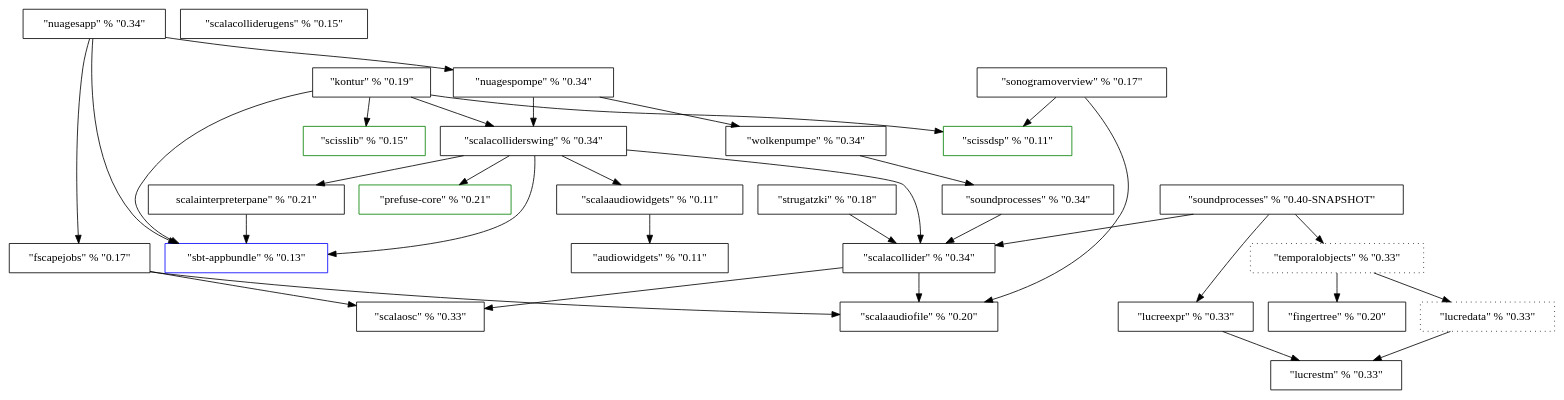
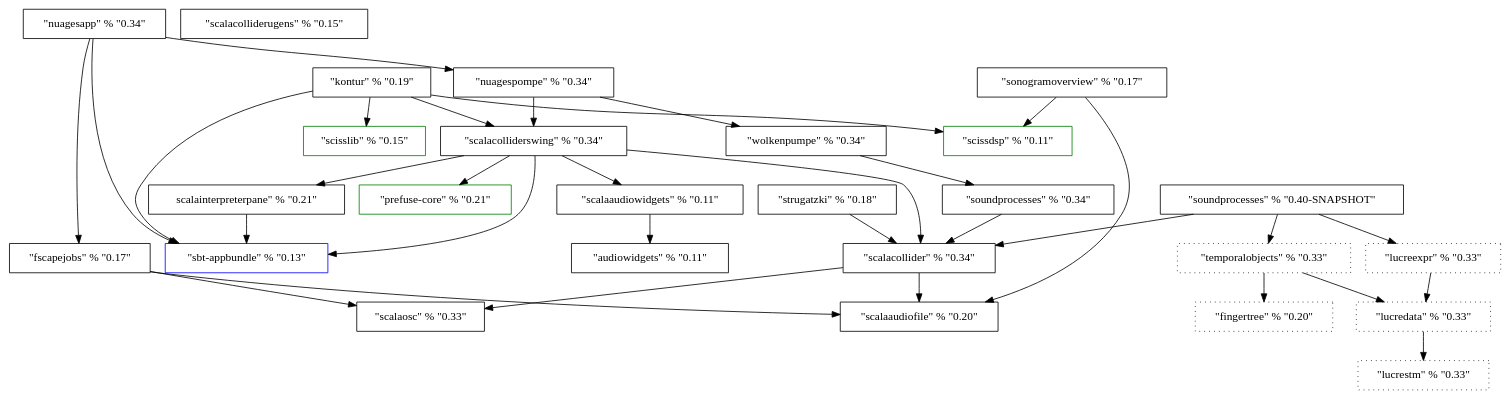
The diagram in ProjectDependencies/dep.dot (Sciss/HistoricalCode), drawn with Graphviz before and after one commit.

```diff
--- a/ProjectDependencies/dep.dot
+++ b/ProjectDependencies/dep.dot
@@ -1,62 +1,62 @@
 digraph G {
 	ScalaOSC [label="\"scalaosc\" % \"0.33\"", shape=box];
 	ScalaAudioFile [label="\"scalaaudiofile\" % \"0.20\"", shape=box];
 	FScapeJobs [label="\"fscapejobs\" % \"0.17\"", shape=box];
 	AudioWidgets [label="\"audiowidgets\" % \"0.11\"", shape=box];
 	ScalaAudioWidgets [label="\"scalaaudiowidgets\" % \"0.11\"", shape=box];
 	SbtAppbundle [label="\"sbt-appbundle\" % \"0.13\"", shape=Box, color=blue];
 	ScissDSP [label="\"scissdsp\" % \"0.11\"", shape=Box, color=green];
 	SonogramOverview [label="\"sonogramoverview\" % \"0.17\"", shape=Box];
 	ScalaCollider [label="\"scalacollider\" % \"0.34\"", shape=Box];
 	Strugatzki [label="\"strugatzki\" % \"0.18\"", shape=Box];
 	ScalaInterpreterPane [label="\scalainterpreterpane\" % \"0.21\"", shape=Box];
 	PrefuseCore [label="\"prefuse-core\" % \"0.21\"", shape=Box, color=green];
 	ScalaColliderSwing [label="\"scalacolliderswing\" % \"0.34\"", shape=Box];
 	SoundProcesses [label="\"soundprocesses\" % \"0.34\"", shape=Box];
 	Wolkenpumpe [label="\"wolkenpumpe\" % \"0.34\"", shape=Box];
 	NuagesPompe [label="\"nuagespompe\" % \"0.34\"", shape=Box];
 	NuagesApp [label="\"nuagesapp\" % \"0.34\"", shape=Box];
 	ScissLib [label="\"scisslib\" % \"0.15\"", shape=Box, color=green];
 	Kontur [label="\"kontur\" % \"0.19\"", shape=Box];
-	FingerTree [label="\"fingertree\" % \"0.20\"", shape=Box];
+	FingerTree [label="\"fingertree\" % \"0.20\"", shape=Box, style=dotted];
 	ScalaColliderUGens [label="\"scalacolliderugens\" % \"0.15\"", shape=Box];
-	LucreSTM [label="\"lucrestm\" % \"0.33\"", shape=Box];
-	LucreExpr [label="\"lucreexpr\" % \"0.33\"", shape=Box];
+	LucreSTM [label="\"lucrestm\" % \"0.33\"", shape=Box, style=dotted];
+	LucreExpr [label="\"lucreexpr\" % \"0.33\"", shape=Box, style=dotted];
 	LucreData [label="\"lucredata\" % \"0.33\"", shape=Box, style=dotted];
 	TemporalObjects [label="\"temporalobjects\" % \"0.33\"", shape=Box, style=dotted];
 	SoundProcesses3 [label="\"soundprocesses\" % \"0.40-SNAPSHOT\"", shape=Box];
 
 	
 	FScapeJobs -> ScalaOSC;
 	FScapeJobs -> ScalaAudioFile;
 	ScalaAudioWidgets -> AudioWidgets;
 	SonogramOverview -> ScalaAudioFile;
 	SonogramOverview -> ScissDSP;
 	ScalaCollider -> ScalaOSC;
 	ScalaCollider -> ScalaAudioFile;
 	Strugatzki -> ScalaCollider;
 	ScalaInterpreterPane -> SbtAppbundle;
 	ScalaColliderSwing -> SbtAppbundle;
 	ScalaColliderSwing -> ScalaCollider;
 	ScalaColliderSwing -> ScalaInterpreterPane;
 	ScalaColliderSwing -> PrefuseCore;
 	ScalaColliderSwing -> ScalaAudioWidgets;
 	SoundProcesses -> ScalaCollider;
 	Wolkenpumpe -> SoundProcesses;
 	NuagesPompe -> Wolkenpumpe;
 	NuagesPompe -> ScalaColliderSwing;
 	NuagesApp -> SbtAppbundle;
 	NuagesApp -> NuagesPompe;
 	NuagesApp -> FScapeJobs;
 	Kontur -> SbtAppbundle;
 	Kontur -> ScalaColliderSwing;
 	Kontur -> ScissDSP;
 	Kontur -> ScissLib;
-   LucreExpr -> LucreSTM;
 	LucreData -> LucreSTM;
+   LucreExpr -> LucreData;
 	TemporalObjects -> FingerTree;
 	TemporalObjects -> LucreData;
 	SoundProcesses3 -> ScalaCollider;
 	SoundProcesses3 -> TemporalObjects;
 	SoundProcesses3 -> LucreExpr;
 }
```
